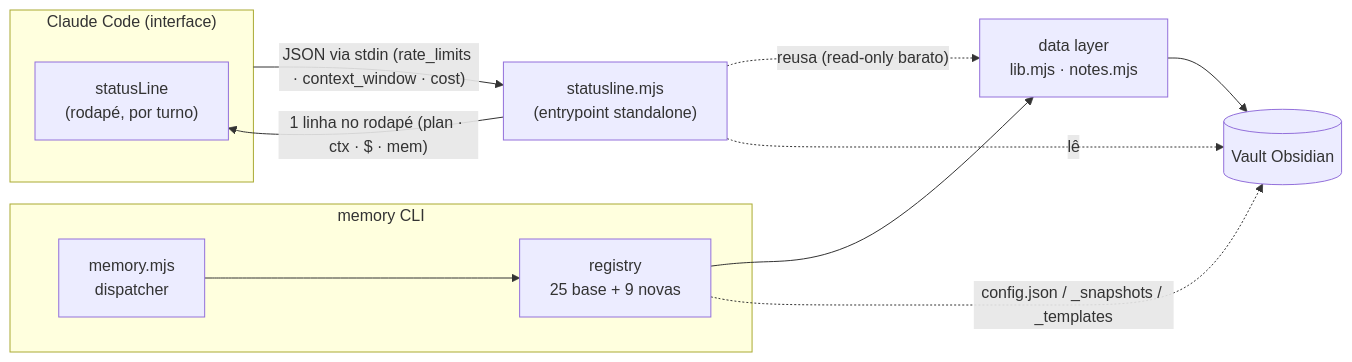
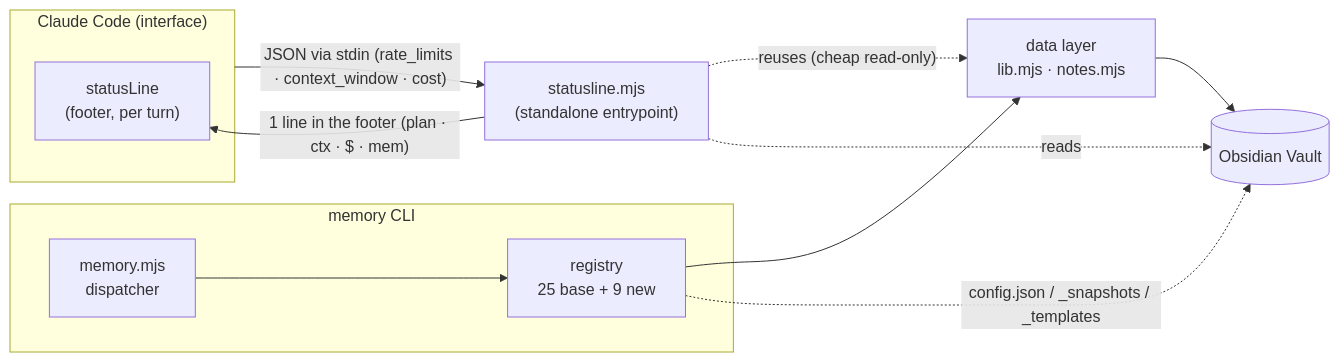
Before and after one commit to MatheusChiodi/AgentTeam-Memory: the first of 4 diagrams in docs/ARCHITECTURE-PHASE-2.md, drawn with Mermaid. The commit also changed other lines of this file and 49 other files, not shown here.

````diff
--- a/docs/ARCHITECTURE-PHASE-2.md
+++ b/docs/ARCHITECTURE-PHASE-2.md
@@ -42,20 +42,20 @@
 ```mermaid
 flowchart LR
   subgraph CC["Claude Code (interface)"]
-    SL["statusLine<br/>(rodapé, por turno)"]
+    SL["statusLine<br/>(footer, per turn)"]
   end
   subgraph CLI["memory CLI"]
     DISP["memory.mjs<br/>dispatcher"]
-    REG["registry<br/>25 base + 9 novas"]
+    REG["registry<br/>25 base + 9 new"]
   end
-  STANDALONE["statusline.mjs<br/>(entrypoint standalone)"]
+  STANDALONE["statusline.mjs<br/>(standalone entrypoint)"]
   DATA["data layer<br/>lib.mjs · notes.mjs"]
-  VAULT[("Vault Obsidian")]
+  VAULT[("Obsidian Vault")]
 
   CC -- "JSON via stdin (rate_limits · context_window · cost)" --> STANDALONE
-  STANDALONE -- "1 linha no rodapé (plan · ctx · $ · mem)" --> SL
-  STANDALONE -. "reusa (read-only barato)" .-> DATA
+  STANDALONE -- "1 line in the footer (plan · ctx · $ · mem)" --> SL
+  STANDALONE -. "reuses (cheap read-only)" .-> DATA
   DISP --> REG --> DATA --> VAULT
-  STANDALONE -. "lê" .-> VAULT
+  STANDALONE -. "reads" .-> VAULT
   REG -. "config.json / _snapshots / _templates" .-> VAULT
 ```
````
